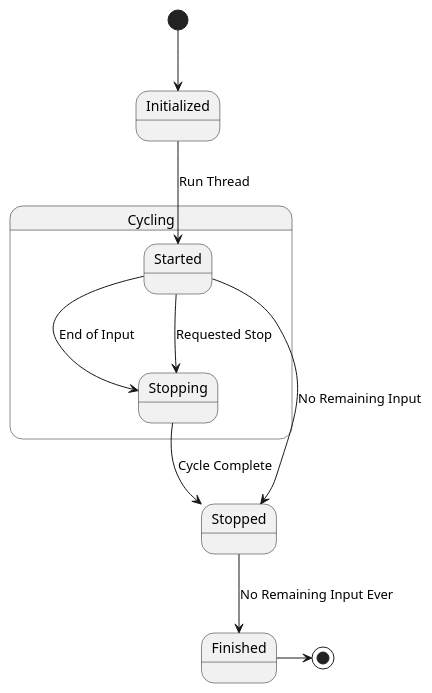
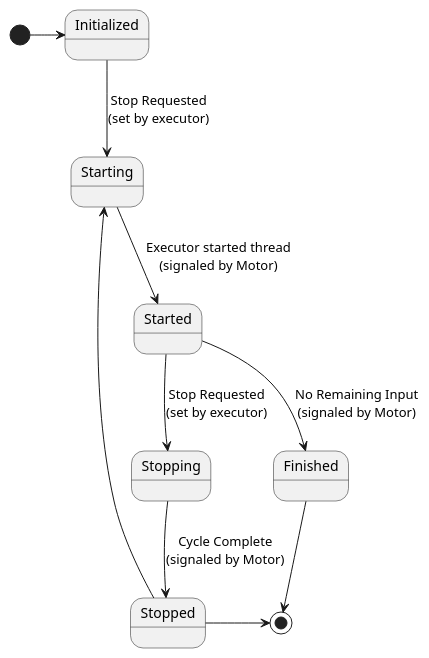
Before and after one commit to engineblock/engineblock: the diagram in docs/diagrams/motor_states.puml, drawn with PlantUML. The commit also changed 9 other files, not shown here.

```diff
--- a/docs/diagrams/motor_states.puml
+++ b/docs/diagrams/motor_states.puml
@@ -1,15 +1,13 @@
 @startuml
-[*] --> Initialized
+[*] -> Initialized
 
-state Cycling {
-Initialized --> Started : Run Thread
- Started --> Stopping : End of Input
- Started --> Stopping : Requested Stop
-
-}
-Started --> Stopped : No Remaining Input
-Stopping --> Stopped : Cycle Complete
-Stopped --> Finished : No Remaining Input Ever
-Finished -> [*]
+Initialized --> Starting : Stop Requested\n(set by executor)
+Starting --> Started : Executor started thread\n(signaled by Motor)
+Stopping --> Stopped : Cycle Complete\n(signaled by Motor)
+Started --> Stopping : Stop Requested\n(set by executor)
+Started --> Finished : No Remaining Input\n(signaled by Motor)
+Finished --> [*]
+Stopped --> Starting
+Stopped -> [*]
 
 @enduml
```
